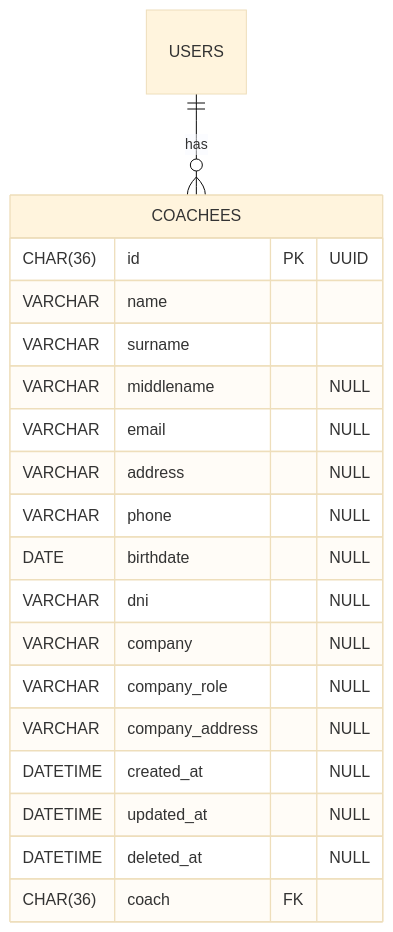
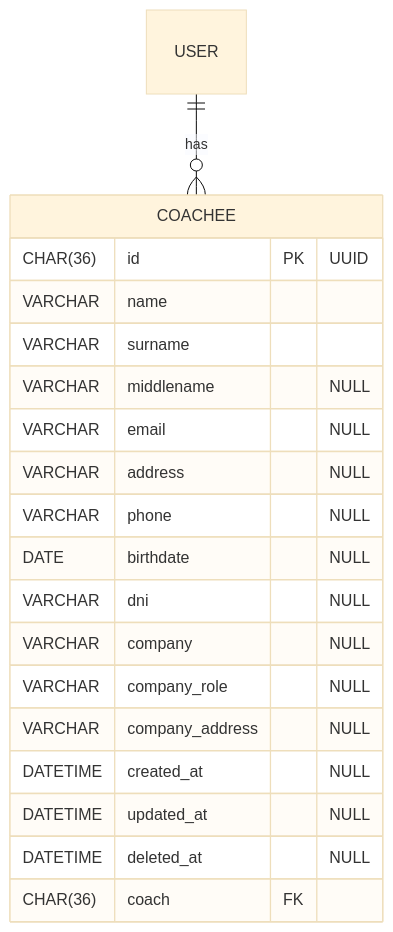
Before and after one commit to soyjuandelgado/coach-assistant: the fourth of 8 diagrams in README.md, drawn with Mermaid (base theme). The commit also changed other lines of this file and 2 other files, not shown here.

````diff
--- a/README.md
+++ b/README.md
@@ -158,23 +172,23 @@
 ```mermaid
 erDiagram
-  COACHEES {
+  COACHEE {
     CHAR(36) id PK "UUID"
     VARCHAR name 
     VARCHAR surname 
     VARCHAR middlename "NULL" 
     VARCHAR email "NULL" 
     VARCHAR address "NULL" 
     VARCHAR phone "NULL" 
     DATE birthdate "NULL"
     VARCHAR dni "NULL" 
     VARCHAR company "NULL" 
     VARCHAR company_role "NULL" 
     VARCHAR company_address "NULL" 
     DATETIME created_at "NULL"
     DATETIME updated_at "NULL"
     DATETIME deleted_at "NULL"
     CHAR(36) coach FK
   }
 
-USERS ||--o{ COACHEES : has
+USER ||--o{ COACHEE : has
 ```
````
